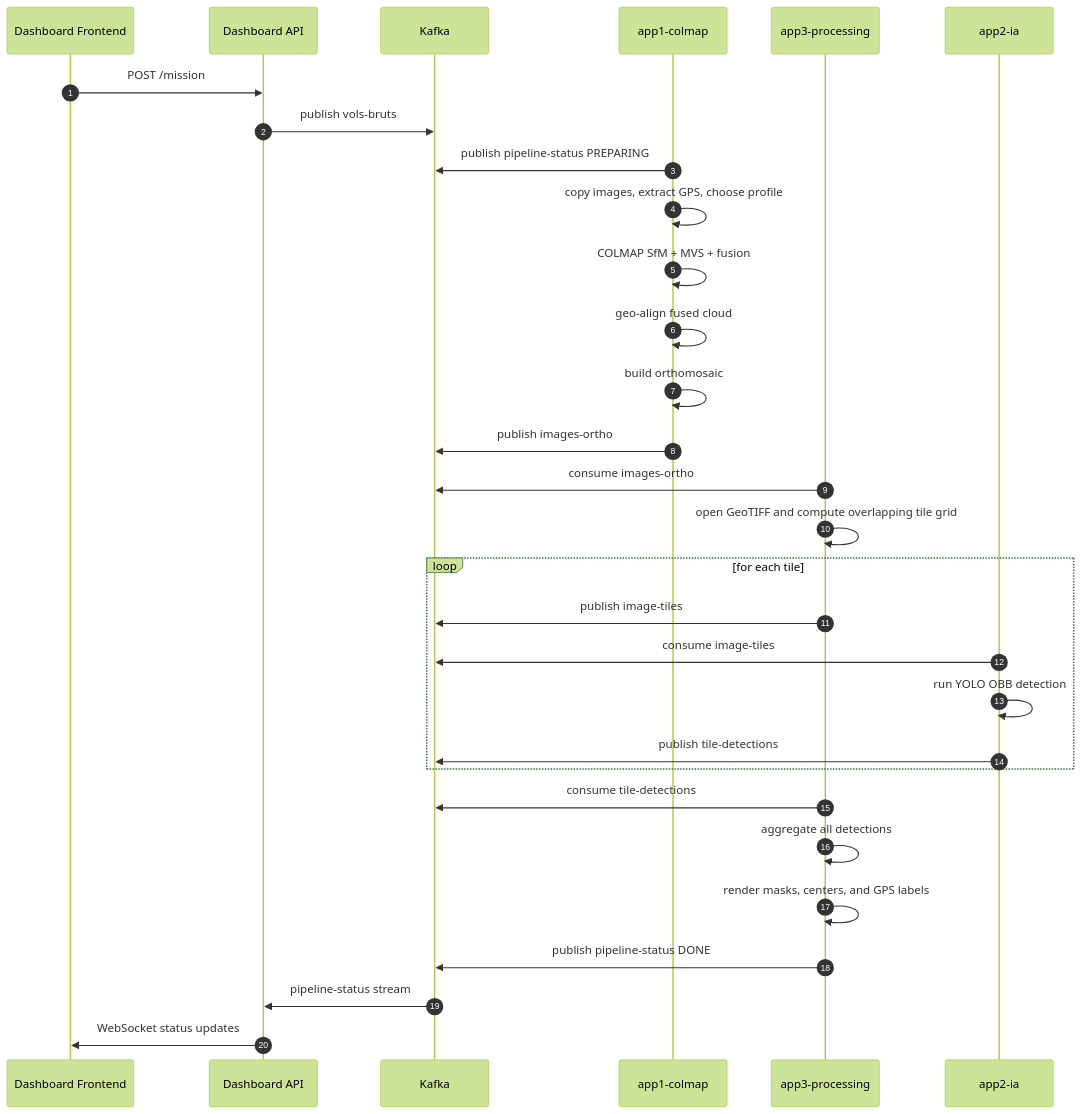
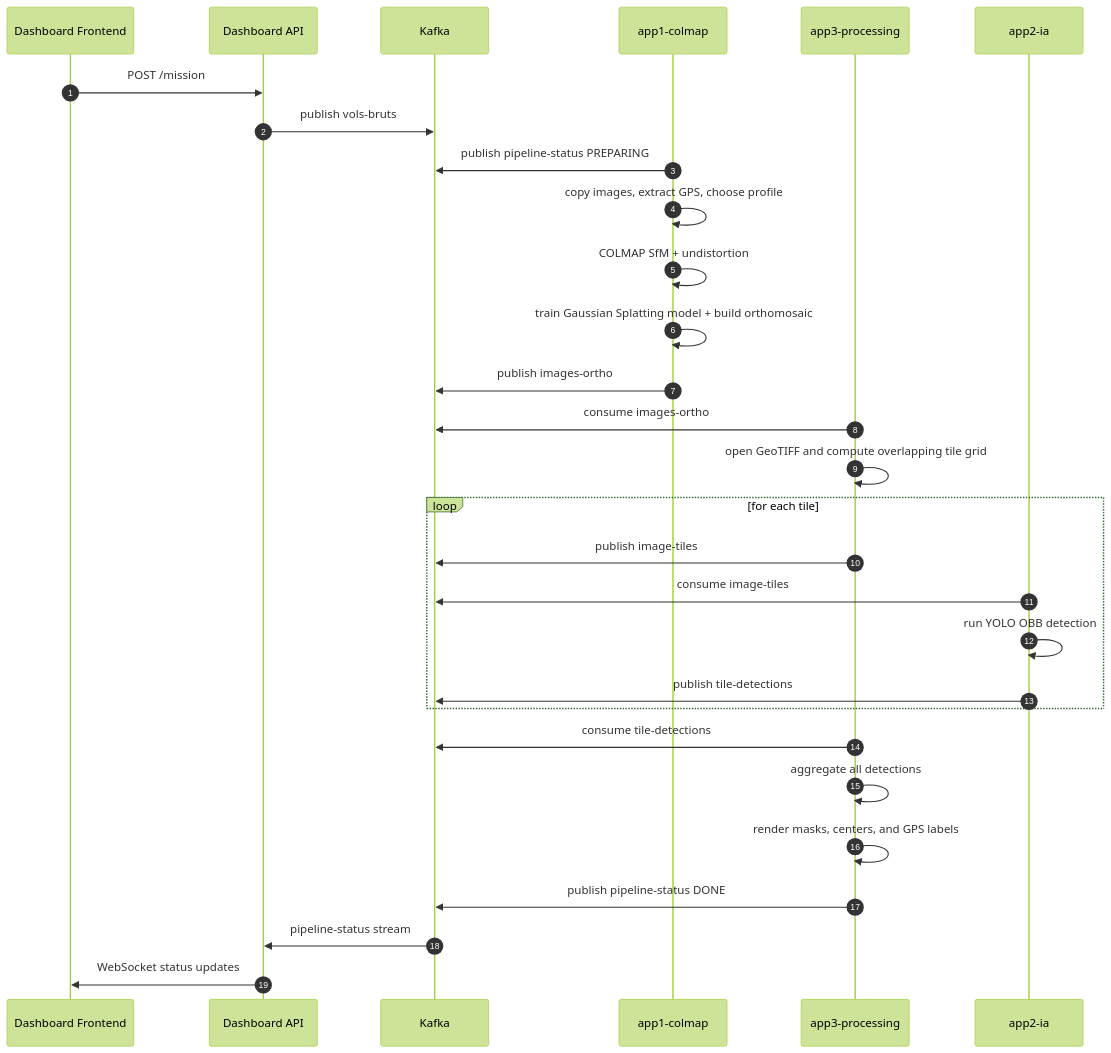
One commit to olivelb/DroneAI changed the first of 7 diagrams in DOCUMENTATION.md. Above: the diagram before and after it, drawn with Mermaid (forest theme). The commit also changed other lines of this file and 40 other files, not shown here.

````diff
--- a/DOCUMENTATION.md
+++ b/DOCUMENTATION.md
@@ -482,33 +476,32 @@
 ```mermaid
 sequenceDiagram
     autonumber
     participant UI as Dashboard Frontend
     participant API as Dashboard API
     participant K as Kafka
     participant C as app1-colmap
     participant P as app3-processing
     participant IA as app2-ia
 
     UI->>API: POST /mission
     API->>K: publish vols-bruts
     C->>K: publish pipeline-status PREPARING
     C->>C: copy images, extract GPS, choose profile
-    C->>C: COLMAP SfM + MVS + fusion
-    C->>C: geo-align fused cloud
-    C->>C: build orthomosaic
+    C->>C: COLMAP SfM + undistortion
+    C->>C: train Gaussian Splatting model + build orthomosaic
     C->>K: publish images-ortho
     P->>K: consume images-ortho
     P->>P: open GeoTIFF and compute overlapping tile grid
     loop for each tile
         P->>K: publish image-tiles
         IA->>K: consume image-tiles
         IA->>IA: run YOLO OBB detection
         IA->>K: publish tile-detections
     end
     P->>K: consume tile-detections
     P->>P: aggregate all detections
     P->>P: render masks, centers, and GPS labels
     P->>K: publish pipeline-status DONE
     K->>API: pipeline-status stream
     API->>UI: WebSocket status updates
 ```
````
